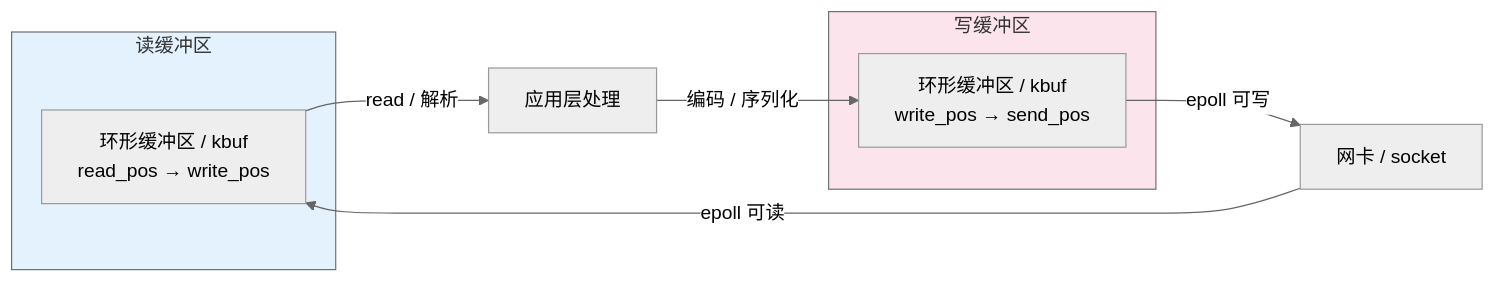
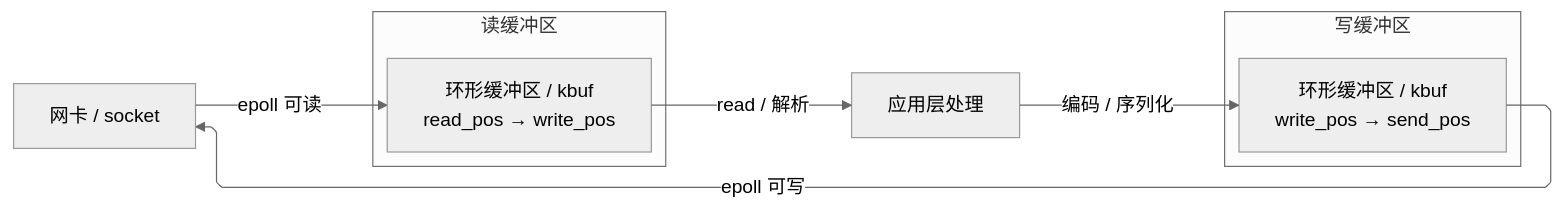
One commit to ziyan-cs/obsidian-coding-notes changed the diagram in 05-Network Programming (网络编程)/04 · 服务器设计模式/11-Buffer Design：Read & Write Buffer (缓冲区设计) ⭐.md. Above: the diagram before and after it, drawn with Mermaid (neutral theme). The commit also changed 37 other files, not shown here.

````diff
--- a/05-Network Programming (网络编程)/04 · 服务器设计模式/11-Buffer Design：Read & Write Buffer (缓冲区设计) ⭐.md
+++ b/05-Network Programming (网络编程)/04 · 服务器设计模式/11-Buffer Design：Read & Write Buffer (缓冲区设计) ⭐.md
@@ -13,16 +13,15 @@
 ```mermaid
+%%{init: {"flowchart": {"defaultRenderer": "elk", "curve": "monotoneX"}} }%%
 graph LR
     subgraph ReadBuf["读缓冲区"]
         RBUF["环形缓冲区 / kbuf<br/>read_pos → write_pos"]
     end
     subgraph WriteBuf["写缓冲区"]
         WBUF["环形缓冲区 / kbuf<br/>write_pos → send_pos"]
     end
     NET["网卡 / socket"] -->|epoll 可读| RBUF
     RBUF -->|read / 解析| APP["应用层处理"]
     APP -->|编码 / 序列化| WBUF
     WBUF -->|epoll 可写| NET
     
-    style ReadBuf fill:#e3f2fd
-    style WriteBuf fill:#fce4ec
 ```
````
